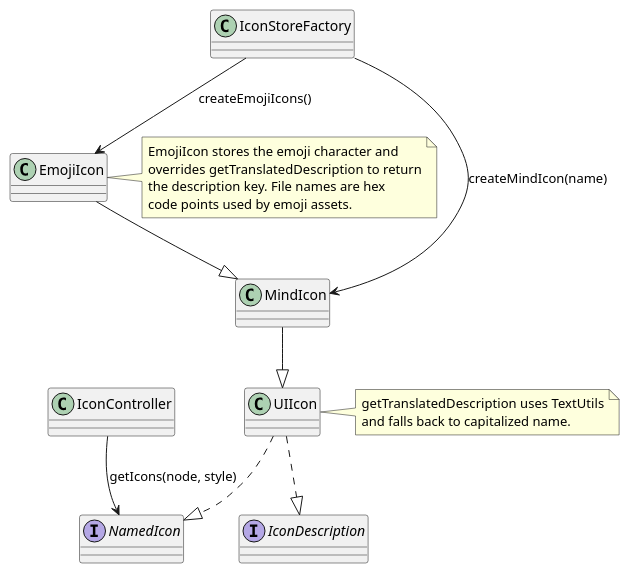
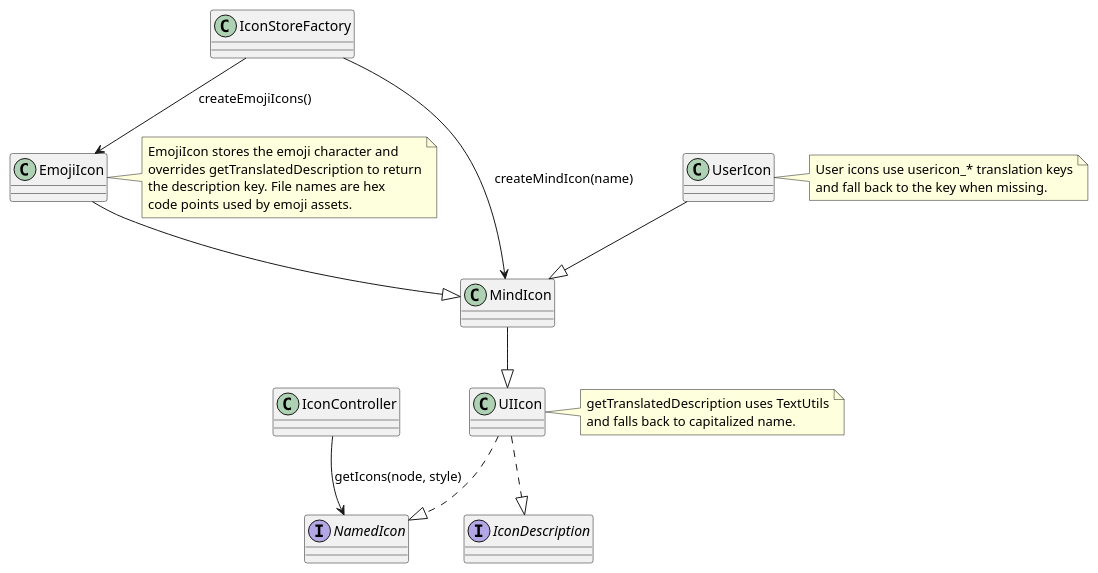
One commit to guoranjun2/nexordia changed the fifth of 13 diagrams in freeplane_plugin_ai/specs/sprints/sprint-002.md. Above: the diagram before and after it, drawn with PlantUML. The commit also changed other lines of this file and 20 other files, not shown here.

````diff
--- a/freeplane_plugin_ai/specs/sprints/sprint-002.md
+++ b/freeplane_plugin_ai/specs/sprints/sprint-002.md
@@ -190,31 +192,38 @@
 ```plantuml
 @startuml
 class IconController
 interface NamedIcon
 interface IconDescription
 class UIIcon
 class MindIcon
 class EmojiIcon
+class UserIcon
 class IconStoreFactory
 
 IconController --> NamedIcon : getIcons(node, style)
 UIIcon ..|> NamedIcon
 UIIcon ..|> IconDescription
 MindIcon --|> UIIcon
 EmojiIcon --|> MindIcon
+UserIcon --|> MindIcon
 IconStoreFactory --> MindIcon : createMindIcon(name)
 IconStoreFactory --> EmojiIcon : createEmojiIcons()
 
 note right of UIIcon
 getTranslatedDescription uses TextUtils
 and falls back to capitalized name.
 end note
 
 note right of EmojiIcon
 EmojiIcon stores the emoji character and
 overrides getTranslatedDescription to return
 the description key. File names are hex
 code points used by emoji assets.
 end note
+
+note right of UserIcon
+User icons use usericon_* translation keys
+and fall back to the key when missing.
+end note
 @enduml
 ```
````
